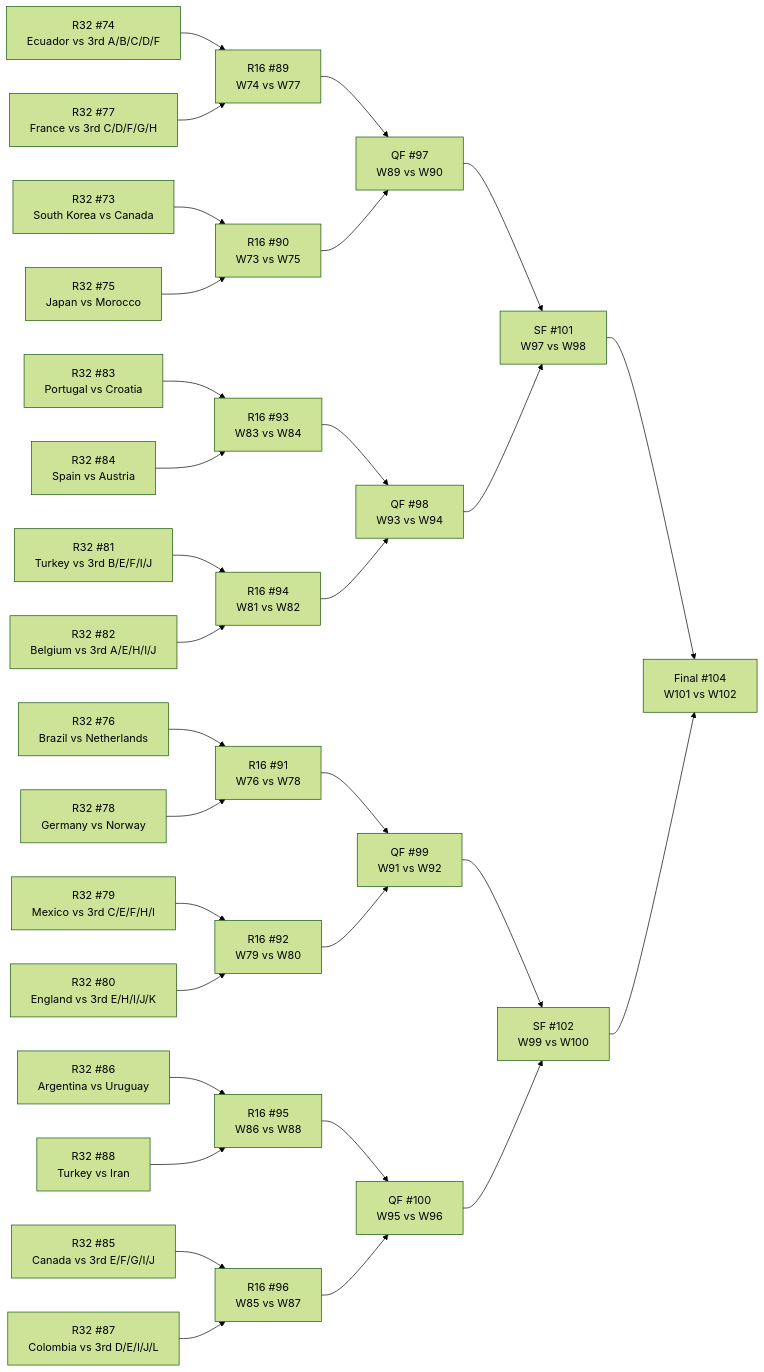
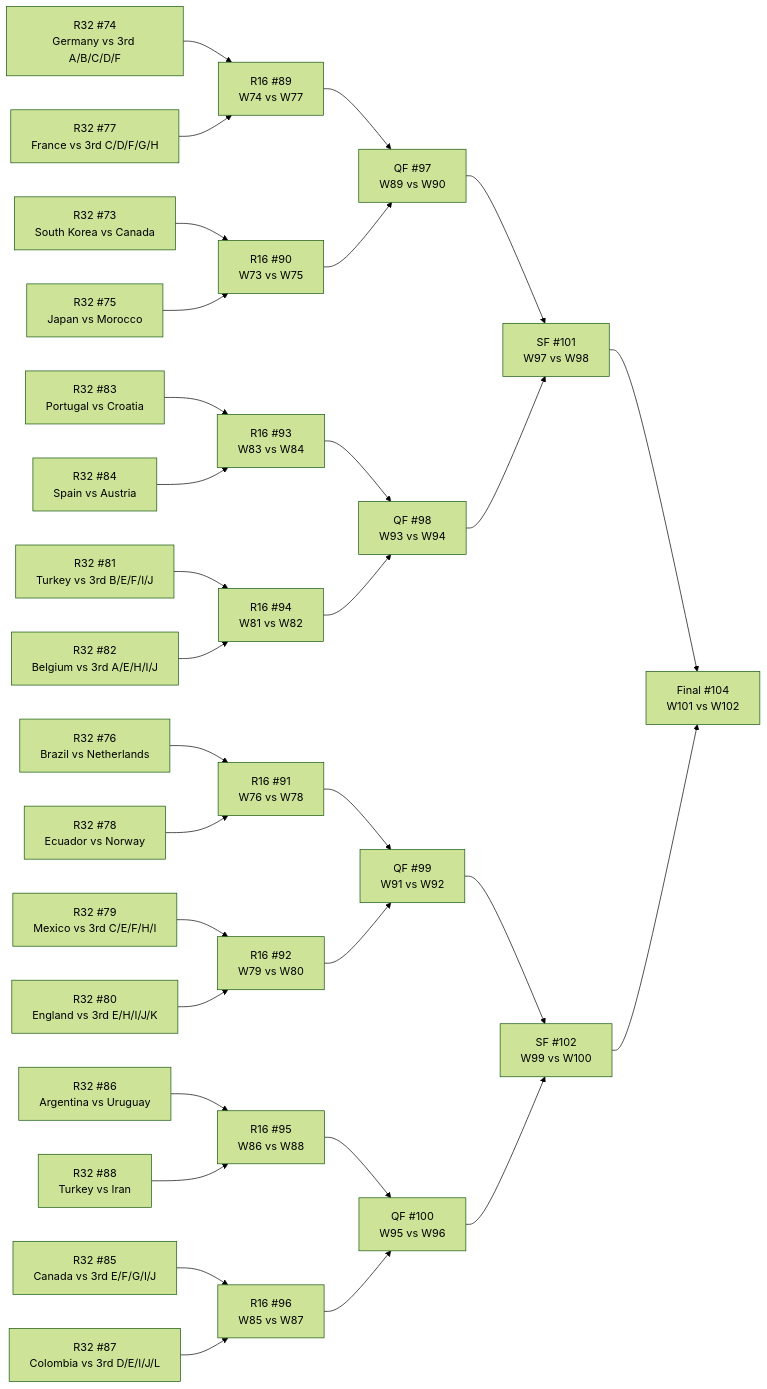
One commit to Tutai-Tran/WC-2026-predictor changed the diagram in WC vault/_bracket.md. Above: the diagram before and after it, drawn with Mermaid (forest theme). The commit also changed 72 other files, not shown here.

````diff
--- a/WC vault/_bracket.md
+++ b/WC vault/_bracket.md
@@ -11,64 +11,64 @@
 ```mermaid
 flowchart LR
   M73["R32 #73<br>South Korea vs Canada"]
-  M74["R32 #74<br>Ecuador vs 3rd A/B/C/D/F"]
+  M74["R32 #74<br>Germany vs 3rd A/B/C/D/F"]
   M75["R32 #75<br>Japan vs Morocco"]
   M76["R32 #76<br>Brazil vs Netherlands"]
   M77["R32 #77<br>France vs 3rd C/D/F/G/H"]
-  M78["R32 #78<br>Germany vs Norway"]
+  M78["R32 #78<br>Ecuador vs Norway"]
   M79["R32 #79<br>Mexico vs 3rd C/E/F/H/I"]
   M80["R32 #80<br>England vs 3rd E/H/I/J/K"]
   M81["R32 #81<br>Turkey vs 3rd B/E/F/I/J"]
   M82["R32 #82<br>Belgium vs 3rd A/E/H/I/J"]
   M83["R32 #83<br>Portugal vs Croatia"]
   M84["R32 #84<br>Spain vs Austria"]
   M85["R32 #85<br>Canada vs 3rd E/F/G/I/J"]
   M86["R32 #86<br>Argentina vs Uruguay"]
   M87["R32 #87<br>Colombia vs 3rd D/E/I/J/L"]
   M88["R32 #88<br>Turkey vs Iran"]
   M89["R16 #89<br>W74 vs W77"]
   M90["R16 #90<br>W73 vs W75"]
   M91["R16 #91<br>W76 vs W78"]
   M92["R16 #92<br>W79 vs W80"]
   M93["R16 #93<br>W83 vs W84"]
   M94["R16 #94<br>W81 vs W82"]
   M95["R16 #95<br>W86 vs W88"]
   M96["R16 #96<br>W85 vs W87"]
   M97["QF #97<br>W89 vs W90"]
   M98["QF #98<br>W93 vs W94"]
   M99["QF #99<br>W91 vs W92"]
   M100["QF #100<br>W95 vs W96"]
   M101["SF #101<br>W97 vs W98"]
   M102["SF #102<br>W99 vs W100"]
   M104["Final #104<br>W101 vs W102"]
   M74 --> M89
   M77 --> M89
   M73 --> M90
   M75 --> M90
   M76 --> M91
   M78 --> M91
   M79 --> M92
   M80 --> M92
   M83 --> M93
   M84 --> M93
   M81 --> M94
   M82 --> M94
   M86 --> M95
   M88 --> M95
   M85 --> M96
   M87 --> M96
   M89 --> M97
   M90 --> M97
   M93 --> M98
   M94 --> M98
   M91 --> M99
   M92 --> M99
   M95 --> M100
   M96 --> M100
   M97 --> M101
   M98 --> M101
   M99 --> M102
   M100 --> M102
   M101 --> M104
   M102 --> M104
 ```
````
